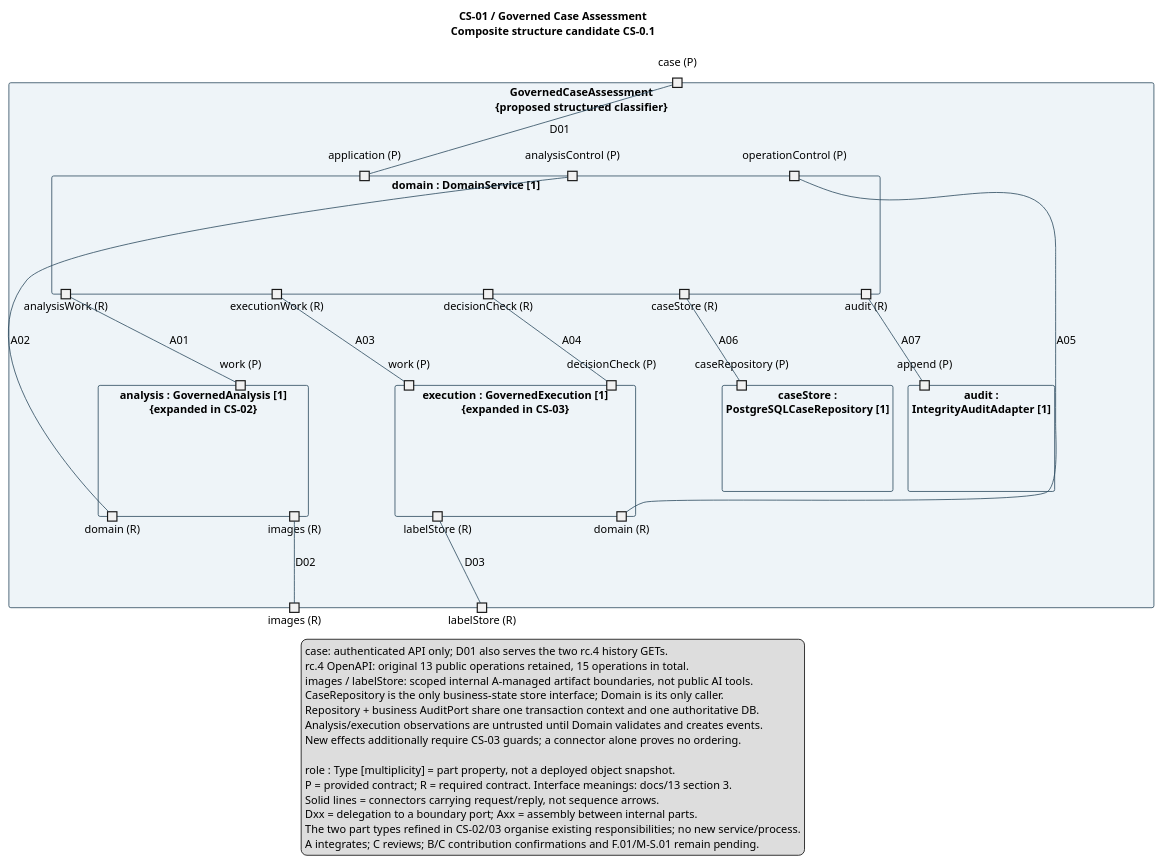
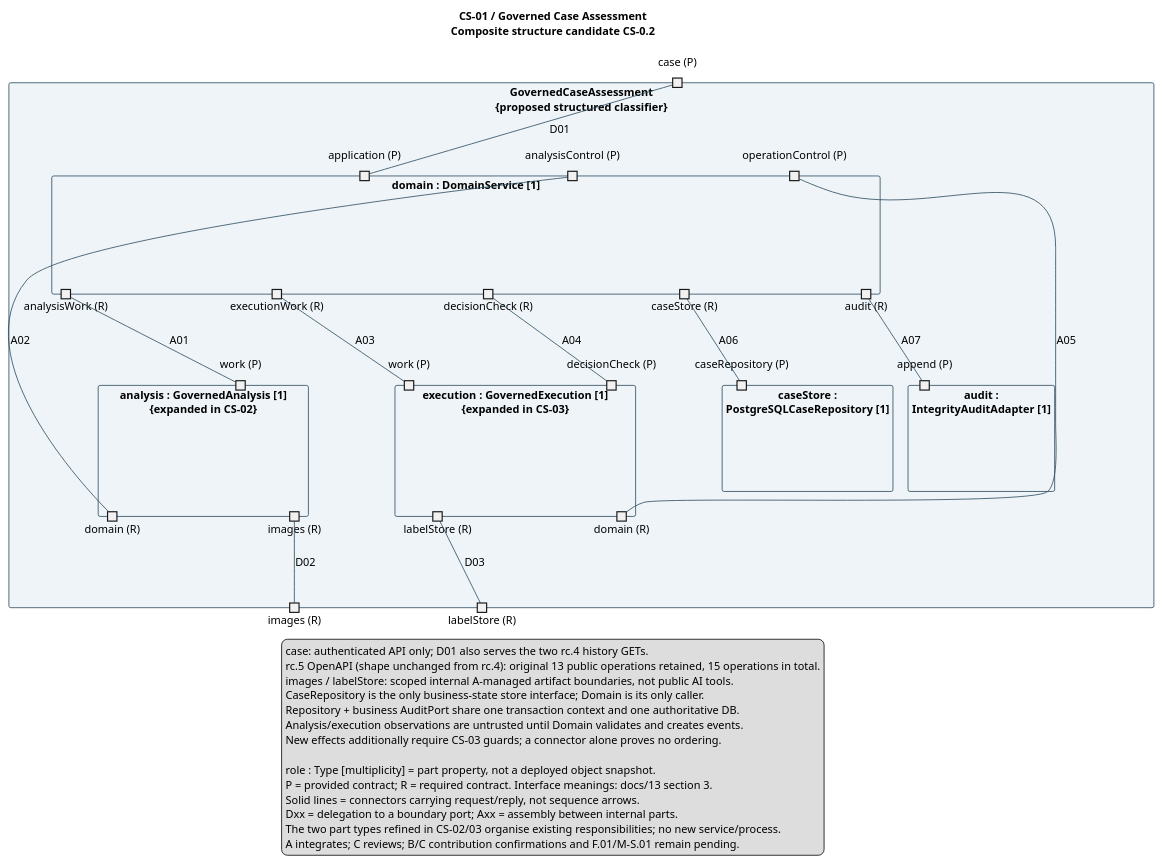
The diagram in docs/diagrams/shared/governed-case-composite.puml (shuxiachai/returnops-au), drawn with PlantUML before and after one commit. The commit also changed 52 other files, not shown here.

```diff
--- a/docs/diagrams/shared/governed-case-composite.puml
+++ b/docs/diagrams/shared/governed-case-composite.puml
@@ -1,75 +1,75 @@
 @startuml
-title CS-01 / Governed Case Assessment\nComposite structure candidate CS-0.1
+title CS-01 / Governed Case Assessment\nComposite structure candidate CS-0.2
 skinparam componentStyle rectangle
 skinparam defaultFontName SansSerif
 skinparam defaultFontSize 14
 skinparam shadowing false
 skinparam componentBackgroundColor #EEF4F8
 skinparam componentBorderColor #27465B
 skinparam ArrowColor #27465B
 skinparam noteBackgroundColor #FFF5D9
 skinparam nodesep 90
 skinparam ranksep 60
 
 component "GovernedCaseAssessment\n{proposed structured classifier}" as System {
   portin "case (P)" as SYS_CASE
   portout "images (R)" as SYS_IMAGES
   portout "labelStore (R)" as SYS_LABELS
 
   component "domain : DomainService [1]" as Domain {
     portin "application (P)" as DOM_APP
     portin "analysisControl (P)" as DOM_ANALYSIS
     portin "operationControl (P)" as DOM_RESULTS
     portout "analysisWork (R)" as DOM_WORK
     portout "executionWork (R)" as DOM_EXEC
     portout "decisionCheck (R)" as DOM_GUARD
     portout "caseStore (R)" as DOM_STORE
     portout "audit (R)" as DOM_AUDIT
   }
   component "analysis : GovernedAnalysis [1]\n{expanded in CS-02}" as Analysis {
     portin "work (P)" as AN_WORK
     portout "domain (R)" as AN_DOMAIN
     portout "images (R)" as AN_IMAGES
   }
   component "execution : GovernedExecution [1]\n{expanded in CS-03}" as Execution {
     portin "work (P)" as EX_WORK
     portin "decisionCheck (P)" as EX_GUARD
     portout "domain (R)" as EX_DOMAIN
     portout "labelStore (R)" as EX_LABELS
   }
   component "caseStore :\nPostgreSQLCaseRepository [1]" as Repo {
     portin "caseRepository (P)" as REPO_CASE
   }
   component "audit :\nIntegrityAuditAdapter [1]" as Audit {
     portin "append (P)" as AUD_APPEND
   }
 }
 
 SYS_CASE -- DOM_APP : D01
 AN_IMAGES -- SYS_IMAGES : D02
 EX_LABELS -- SYS_LABELS : D03
 DOM_WORK -- AN_WORK : A01
 AN_DOMAIN -- DOM_ANALYSIS : A02
 DOM_EXEC -- EX_WORK : A03
 DOM_GUARD -- EX_GUARD : A04
 EX_DOMAIN -- DOM_RESULTS : A05
 DOM_STORE -- REPO_CASE : A06
 DOM_AUDIT -- AUD_APPEND : A07
 
 legend bottom
   case: authenticated API only; D01 also serves the two rc.4 history GETs.
-  rc.4 OpenAPI: original 13 public operations retained, 15 operations in total.
+  rc.5 OpenAPI (shape unchanged from rc.4): original 13 public operations retained, 15 operations in total.
   images / labelStore: scoped internal A-managed artifact boundaries, not public AI tools.
   CaseRepository is the only business-state store interface; Domain is its only caller.
   Repository + business AuditPort share one transaction context and one authoritative DB.
   Analysis/execution observations are untrusted until Domain validates and creates events.
   New effects additionally require CS-03 guards; a connector alone proves no ordering.
 
   role : Type [multiplicity] = part property, not a deployed object snapshot.
   P = provided contract; R = required contract. Interface meanings: docs/13 section 3.
   Solid lines = connectors carrying request/reply, not sequence arrows.
   Dxx = delegation to a boundary port; Axx = assembly between internal parts.
   The two part types refined in CS-02/03 organise existing responsibilities; no new service/process.
   A integrates; C reviews; B/C contribution confirmations and F.01/M-S.01 remain pending.
 endlegend
 @enduml
```
